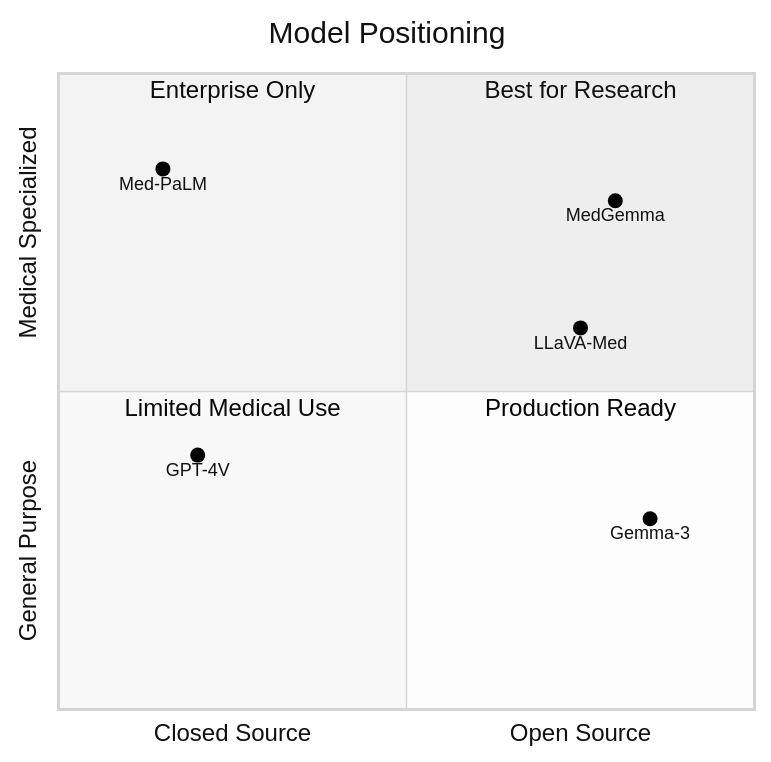
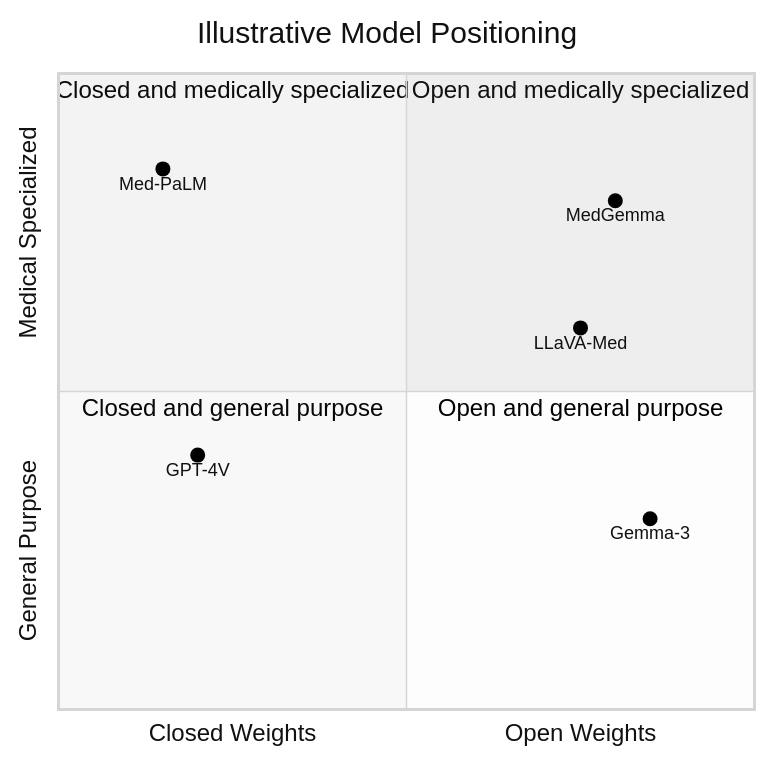
One commit to Ali-Maq/ali-maq.github.io changed the fourth of 4 diagrams in _posts/2026-01-16-medgemma-deep-dive.md. Above: the diagram before and after it, drawn with Mermaid (neutral theme). The commit also changed other lines of this file and 52 other files, not shown here.

````diff
--- a/_posts/2026-01-16-medgemma-deep-dive.md
+++ b/_posts/2026-01-16-medgemma-deep-dive.md
@@ -262,15 +274,15 @@
 ```mermaid
 quadrantChart
-    title Model Positioning
-    x-axis Closed Source --> Open Source
+    title Illustrative Model Positioning
+    x-axis Closed Weights --> Open Weights
     y-axis General Purpose --> Medical Specialized
-    quadrant-1 Best for Research
-    quadrant-2 Enterprise Only
-    quadrant-3 Limited Medical Use
-    quadrant-4 Production Ready
+    quadrant-1 Open and medically specialized
+    quadrant-2 Closed and medically specialized
+    quadrant-3 Closed and general purpose
+    quadrant-4 Open and general purpose
     GPT-4V: [0.2, 0.4]
     Med-PaLM: [0.15, 0.85]
     LLaVA-Med: [0.75, 0.6]
     MedGemma: [0.8, 0.8]
     Gemma-3: [0.85, 0.3]
 ```
````
